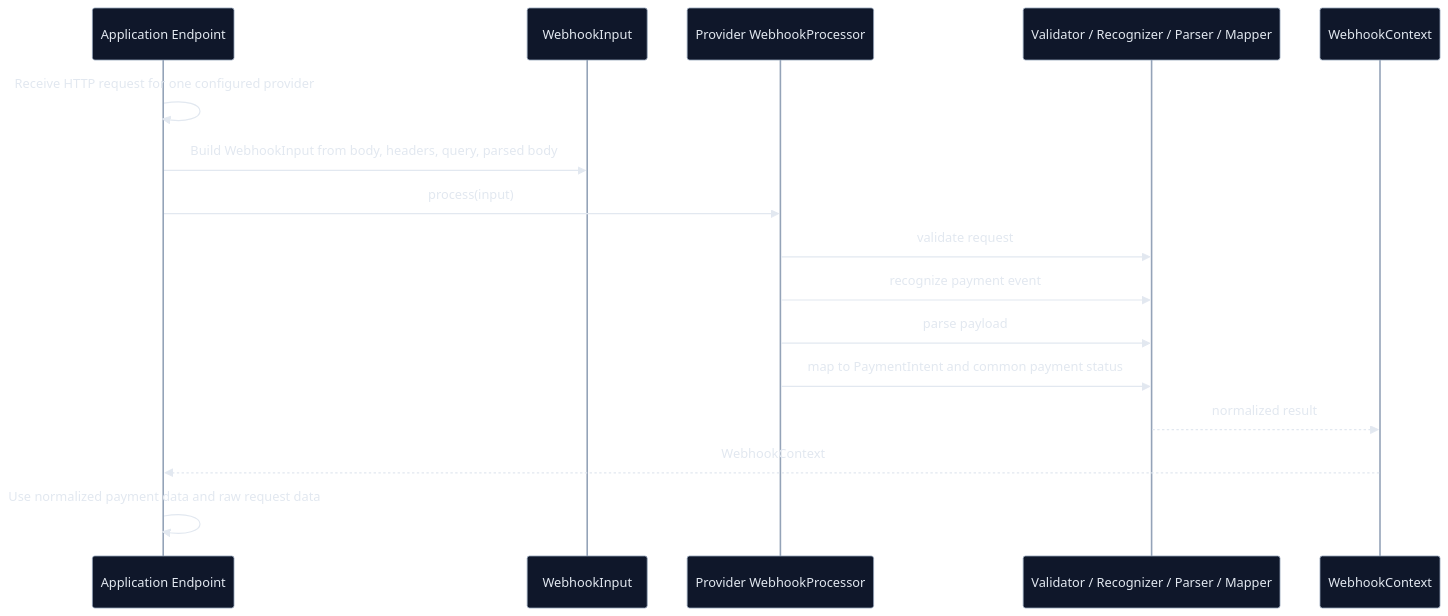
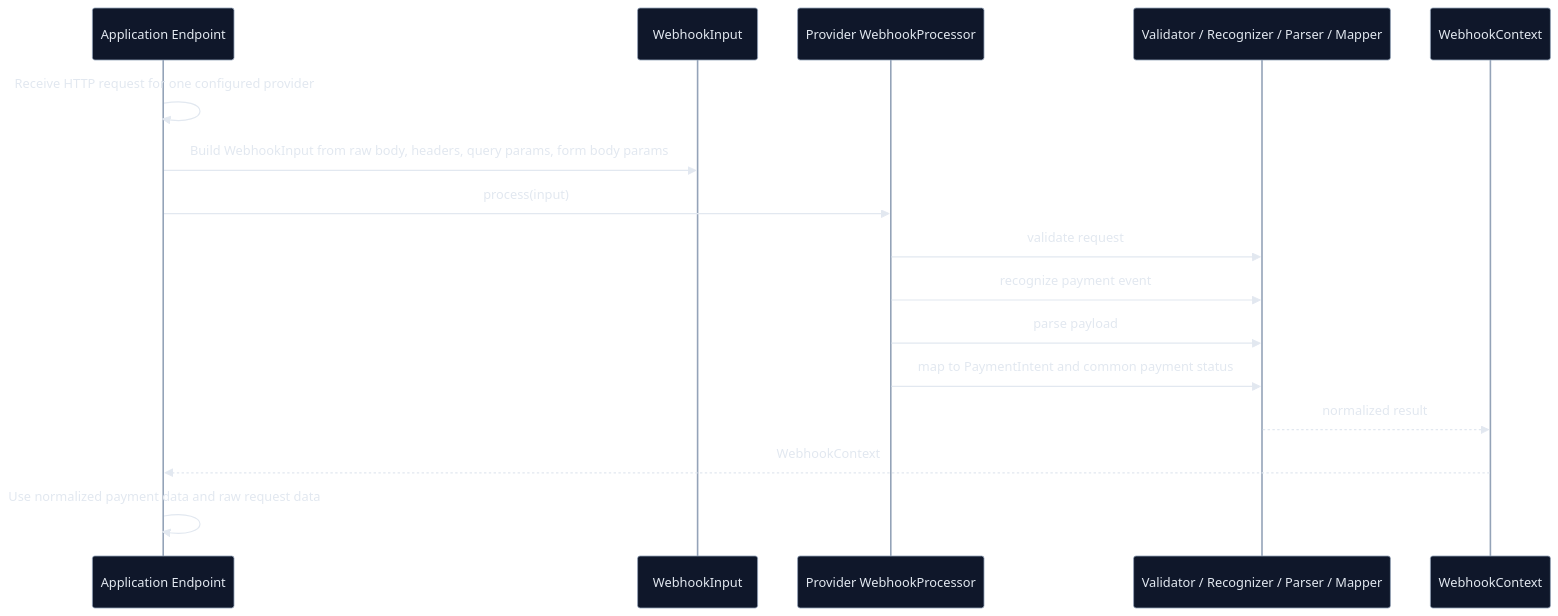
One commit to yiisoft/payments changed the second of 2 diagrams in README.md. Above: the diagram before and after it, drawn with Mermaid. The commit also changed other lines of this file, not shown here.

Commit message:
Clarify webhook input construction in README

````diff
--- a/README.md
+++ b/README.md
@@ -758,31 +758,31 @@
 ```mermaid
 %%{init: {"theme":"base","themeVariables": {
   "background":"transparent",
   "fontFamily":"ui-sans-serif, system-ui, -apple-system, Segoe UI, Roboto, Arial, sans-serif",
   "primaryColor":"#0f172a",
   "primaryTextColor":"#e2e8f0",
   "primaryBorderColor":"#94a3b8",
   "lineColor":"#94a3b8",
   "secondaryColor":"#052e16",
   "tertiaryColor":"#1e293b",
   "clusterBkg":"#0b1220",
   "clusterBorder":"#334155"
 }}}%%
 sequenceDiagram
     participant A as Application Endpoint
     participant I as WebhookInput
     participant P as Provider WebhookProcessor
     participant V as Validator / Recognizer / Parser / Mapper
     participant R as WebhookContext
 
     A->>A: Receive HTTP request for one configured provider
-    A->>I: Build WebhookInput from body, headers, query, parsed body
+    A->>I: Build WebhookInput from raw body, headers, query params, form body params
     A->>P: process(input)
     P->>V: validate request
     P->>V: recognize payment event
     P->>V: parse payload
     P->>V: map to PaymentIntent and common payment status
     V-->>R: normalized result
     R-->>A: WebhookContext
     A->>A: Use normalized payment data and raw request data
 ```
````
